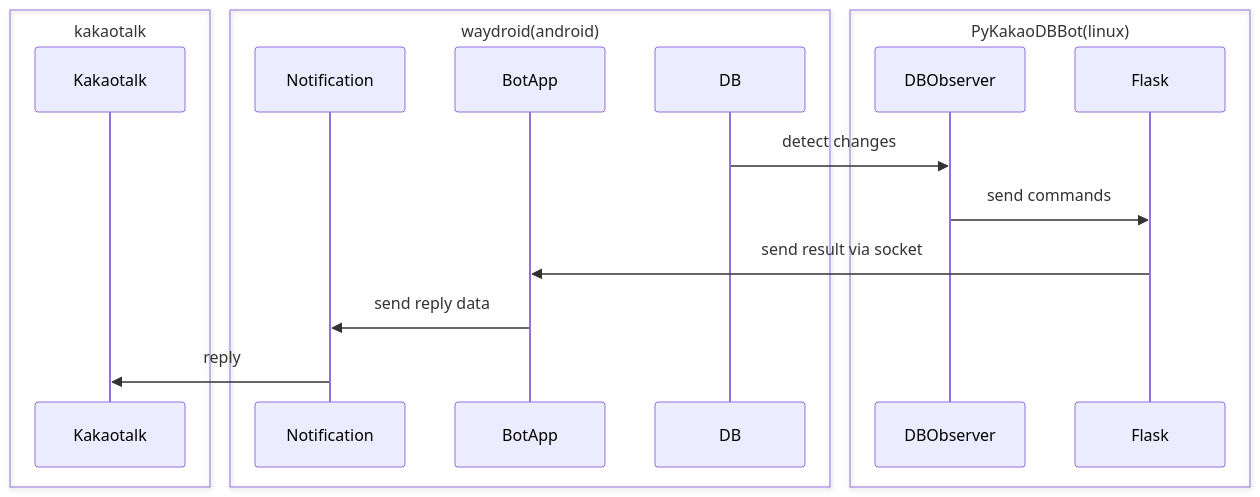
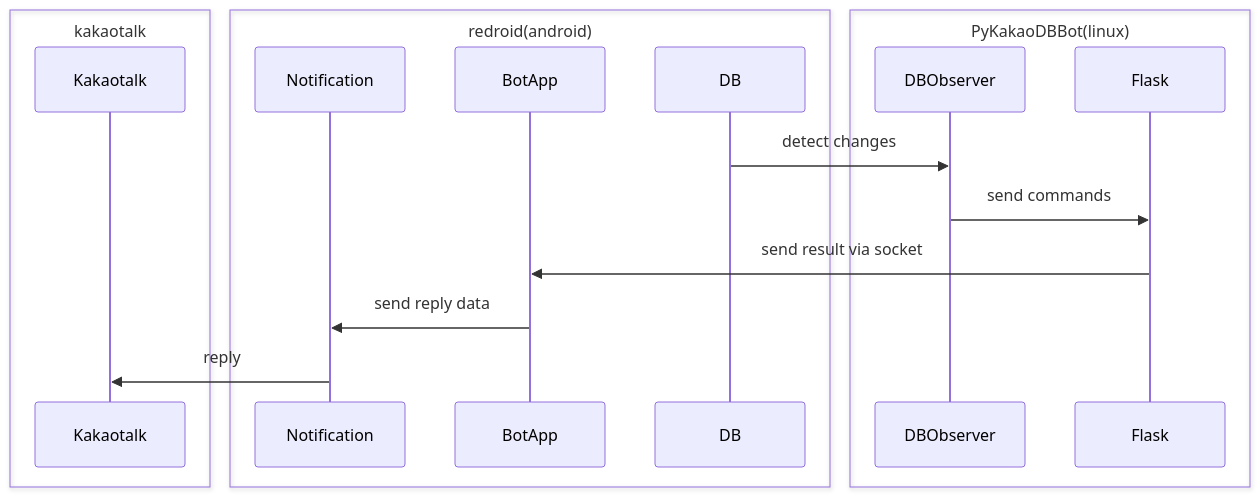
The diagram in README.md (dolidolih/PyKakaoDBBot), drawn with Mermaid before and after one commit. The commit also changed other lines of this file, not shown here.

````diff
--- a/README.md
+++ b/README.md
@@ -5,20 +5,20 @@
 ```mermaid
 sequenceDiagram
     box kakaotalk
     participant Kakaotalk
     end
-    box waydroid(android)
+    box redroid(android)
     participant Notification
     participant BotApp
     participant DB
     end
     box PyKakaoDBBot(linux)
     participant DBObserver
     participant Flask
     end
     DB->>DBObserver: detect changes
     DBObserver->>Flask: send commands
     Flask->>BotApp:send result via socket
     BotApp->>Notification:send reply data
     Notification->>Kakaotalk:reply
 ```
````
